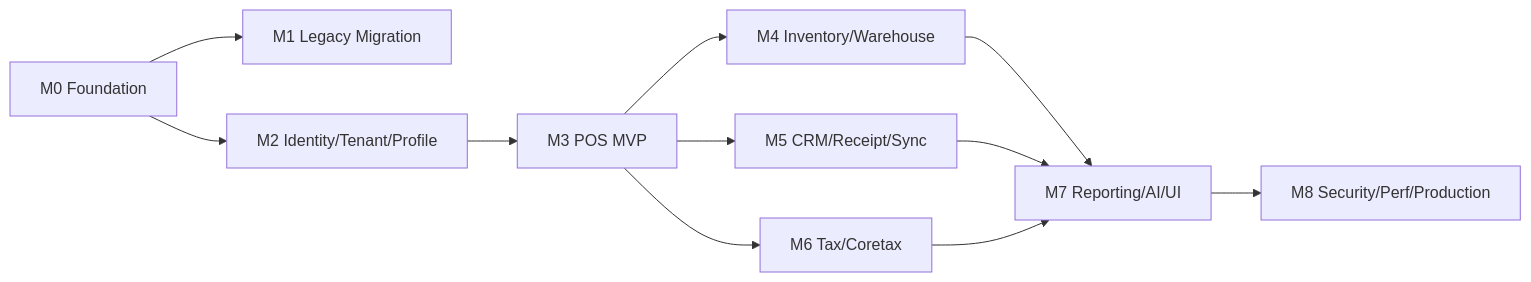
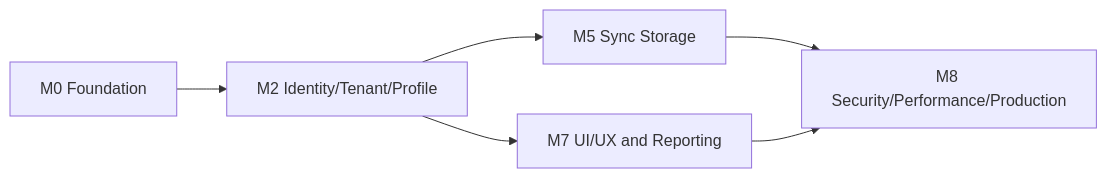
One commit to ahliweb/awcms-mini changed the first of 2 diagrams in docs/awcms-mini/06_github_issues_detail.md. Above: the diagram before and after it, drawn with Mermaid. The commit also changed other lines of this file and 8 other files, not shown here.

````diff
--- a/docs/awcms-mini/06_github_issues_detail.md
+++ b/docs/awcms-mini/06_github_issues_detail.md
@@ -42,13 +39,8 @@
 ```mermaid
 flowchart LR
-  M0[M0 Foundation] --> M1[M1 Legacy Migration]
-  M0 --> M2[M2 Identity/Tenant/Profile]
-  M2 --> M3[M3 POS MVP]
-  M3 --> M4[M4 Inventory/Warehouse]
-  M3 --> M5[M5 CRM/Receipt/Sync]
-  M3 --> M6[M6 Tax/Coretax]
-  M4 --> M7[M7 Reporting/AI/UI]
-  M5 --> M7
-  M6 --> M7
-  M7 --> M8[M8 Security/Perf/Production]
+  M0[M0 Foundation] --> M2[M2 Identity/Tenant/Profile]
+  M2 --> M5[M5 Sync Storage]
+  M2 --> M7[M7 UI/UX and Reporting]
+  M5 --> M8[M8 Security/Performance/Production]
+  M7 --> M8
 ```
````
